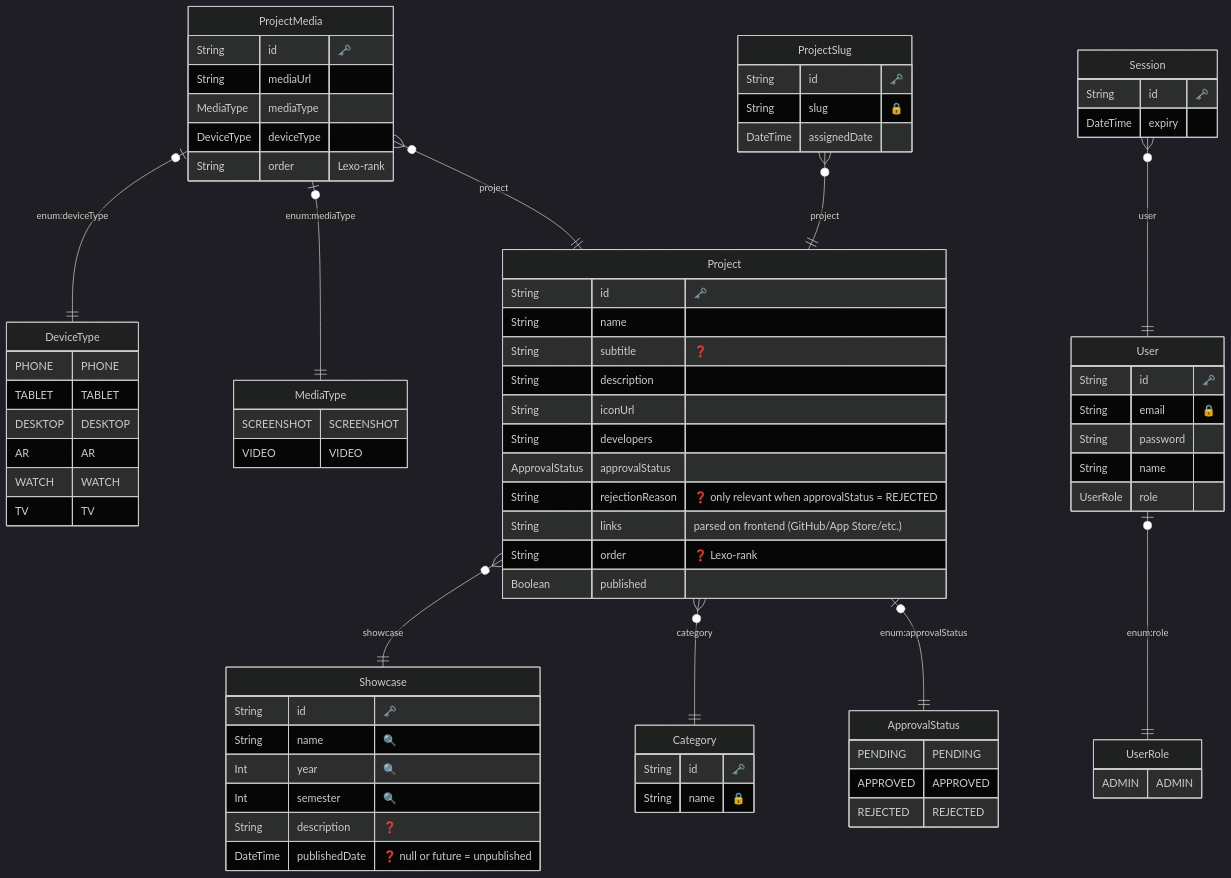
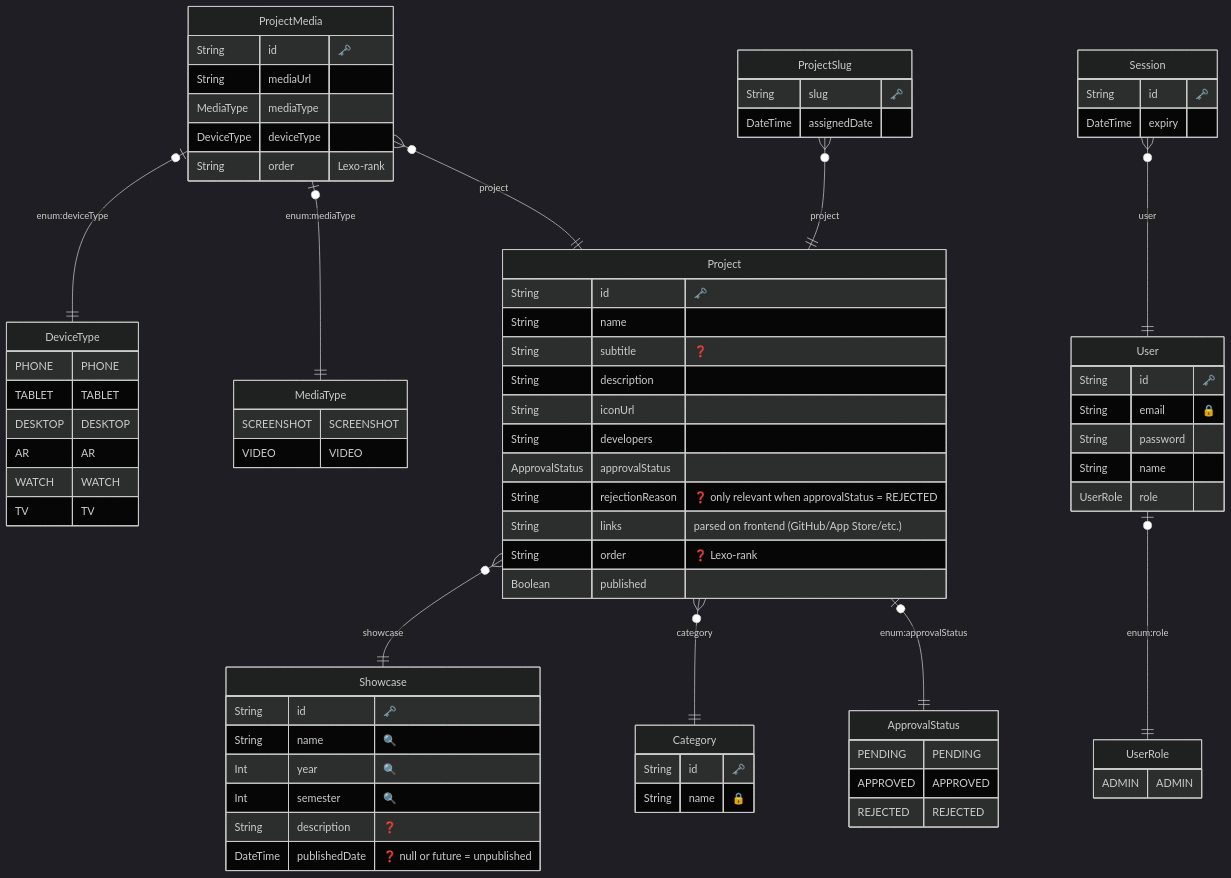
The diagram in shared/prisma/ERD.md (odisfm/hapi), drawn with Mermaid (dark theme) before and after one commit. The commit also changed 9 other files, not shown here.

```diff
--- a/shared/prisma/ERD.md
+++ b/shared/prisma/ERD.md
@@ -87,8 +87,7 @@
   
 
   "ProjectSlug" {
-    String id "🗝️"
-    String slug "🔒"
+    String slug "🗝️"
     DateTime assignedDate 
     }
   
```
